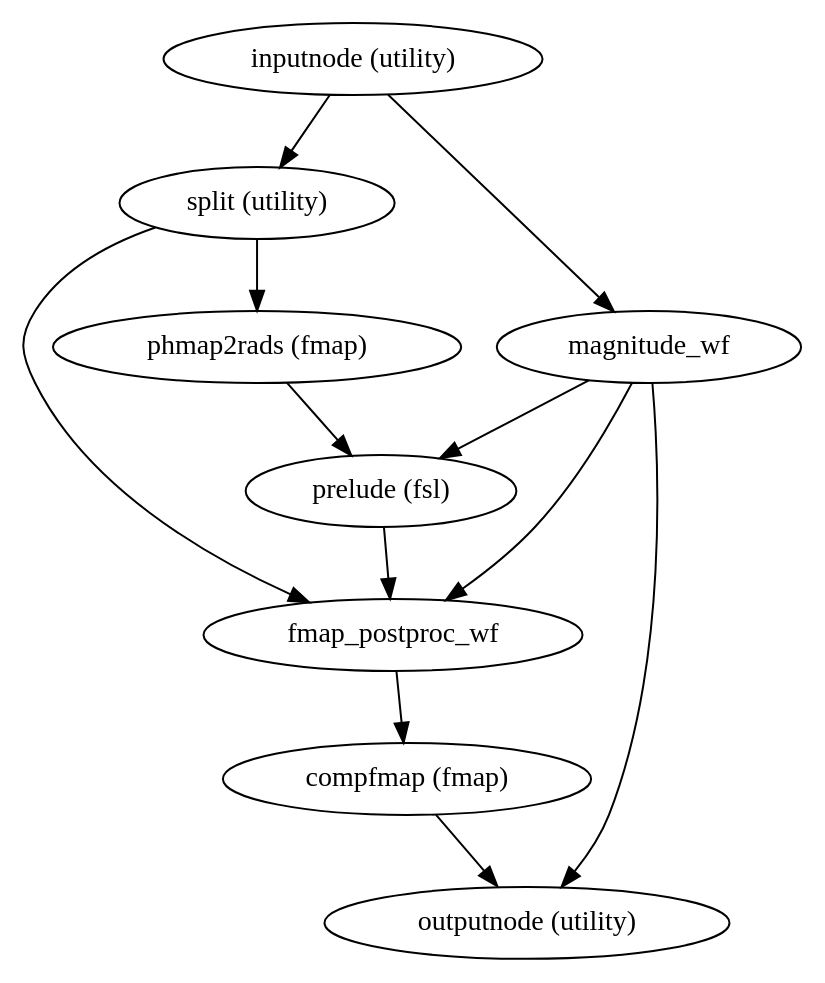
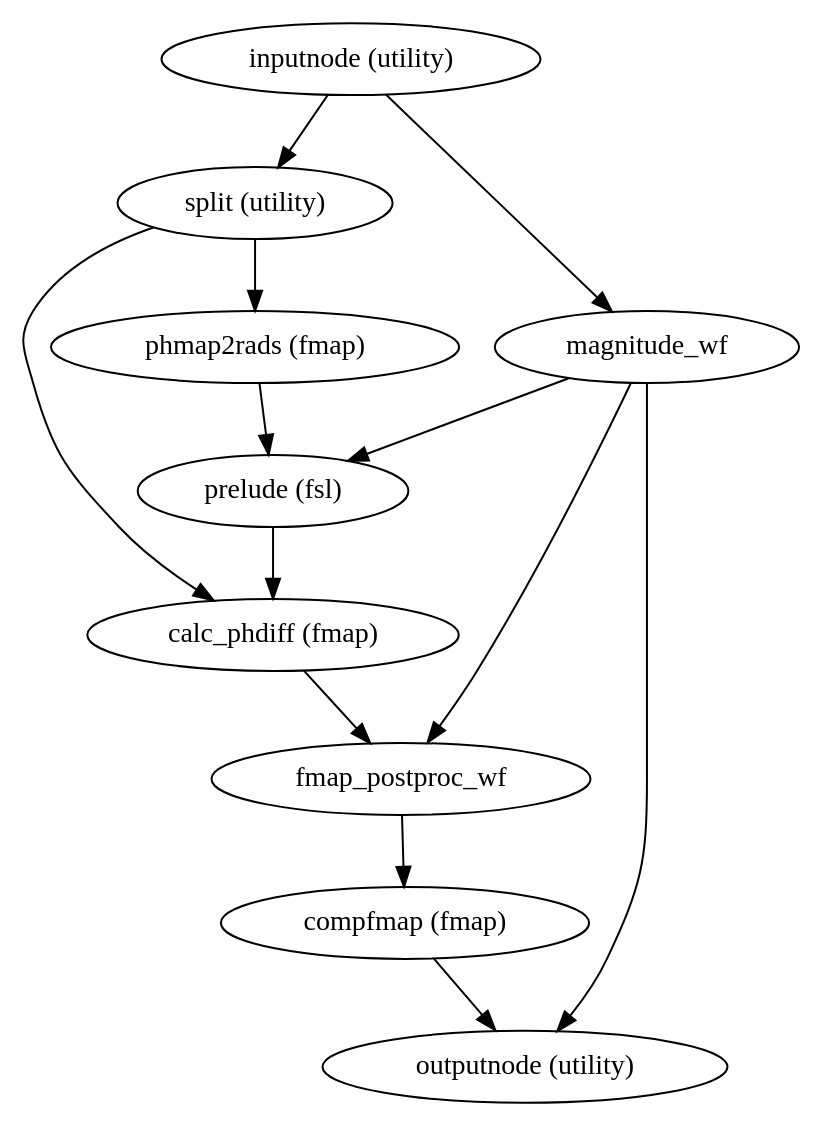
The diagram in wf_directive/api/phdiff_wf/sdcflows-workflows-phdiff-1.dot (wayne009007/sdcflows), drawn with Graphviz before and after one commit. The commit also changed 129 other files, not shown here.

```diff
--- a/wf_directive/api/phdiff_wf/sdcflows-workflows-phdiff-1.dot
+++ b/wf_directive/api/phdiff_wf/sdcflows-workflows-phdiff-1.dot
@@ -1,21 +1,23 @@
 strict digraph  {
 "inputnode (utility)";
 "split (utility)";
 magnitude_wf;
 "phmap2rads (fmap)";
+"calc_phdiff (fmap)";
+"prelude (fsl)";
 fmap_postproc_wf;
-"prelude (fsl)";
 "outputnode (utility)";
 "compfmap (fmap)";
 "inputnode (utility)" -> "split (utility)";
 "inputnode (utility)" -> magnitude_wf;
 "split (utility)" -> "phmap2rads (fmap)";
-"split (utility)" -> fmap_postproc_wf;
+"split (utility)" -> "calc_phdiff (fmap)";
 magnitude_wf -> "prelude (fsl)";
 magnitude_wf -> fmap_postproc_wf;
 magnitude_wf -> "outputnode (utility)";
 "phmap2rads (fmap)" -> "prelude (fsl)";
+"calc_phdiff (fmap)" -> fmap_postproc_wf;
+"prelude (fsl)" -> "calc_phdiff (fmap)";
 fmap_postproc_wf -> "compfmap (fmap)";
-"prelude (fsl)" -> fmap_postproc_wf;
 "compfmap (fmap)" -> "outputnode (utility)";
 }
```
